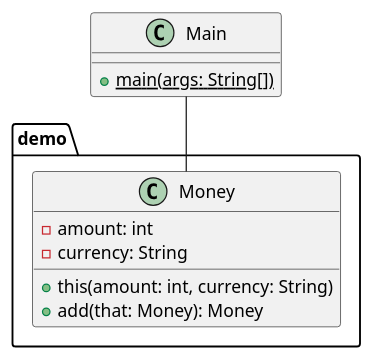
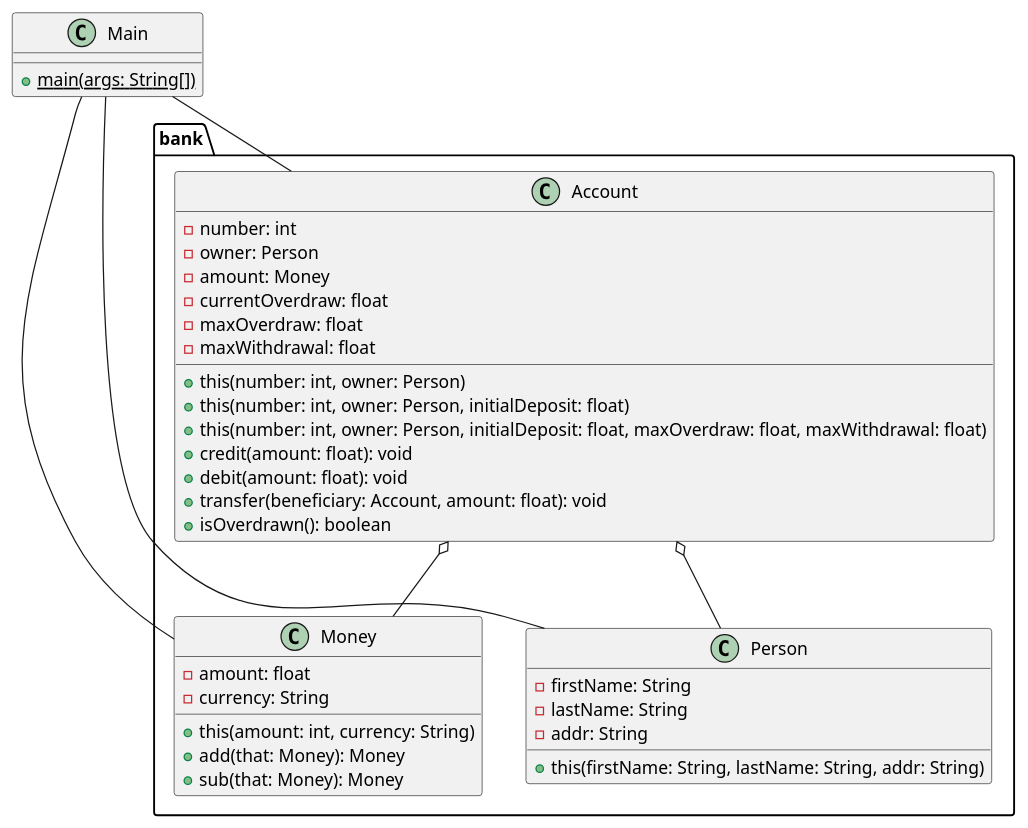
Before and after one commit to dallatIkes/GL_TP1: the diagram in class_diag.puml, drawn with PlantUML. The commit also changed 8 other files, not shown here.

Commit message:
class diagram

```diff
--- a/class_diag.puml
+++ b/class_diag.puml
@@ -1,14 +1,43 @@
 @startuml
-package demo {
+package bank {
 class Money {
-- amount: int
+- amount: float
 - currency: String
 + this(amount: int, currency: String)
 + add(that: Money): Money
++ sub(that: Money): Money
+}
+
+class Person{
+- firstName: String
+- lastName: String
+- addr: String
++ this(firstName: String, lastName: String, addr: String)
+}
+class Account{
+- number: int
+- owner: Person
+- amount: Money
+- currentOverdraw: float
+- maxOverdraw: float
+- maxWithdrawal: float
++ this(number: int, owner: Person)
++ this(number: int, owner: Person, initialDeposit: float)
++ this(number: int, owner: Person, initialDeposit: float, maxOverdraw: float, maxWithdrawal: float)
++ credit(amount: float): void
++ debit(amount: float): void
++ transfer(beneficiary: Account, amount: float): void
++ isOverdrawn(): boolean
 }
 }
 class Main {
 + {static} main(args: String[])
 }
+
 Main -- Money
+Main -- Account
+Main -- Person
+
+Account o-- Money
+Account o-- Person
 @enduml
```
